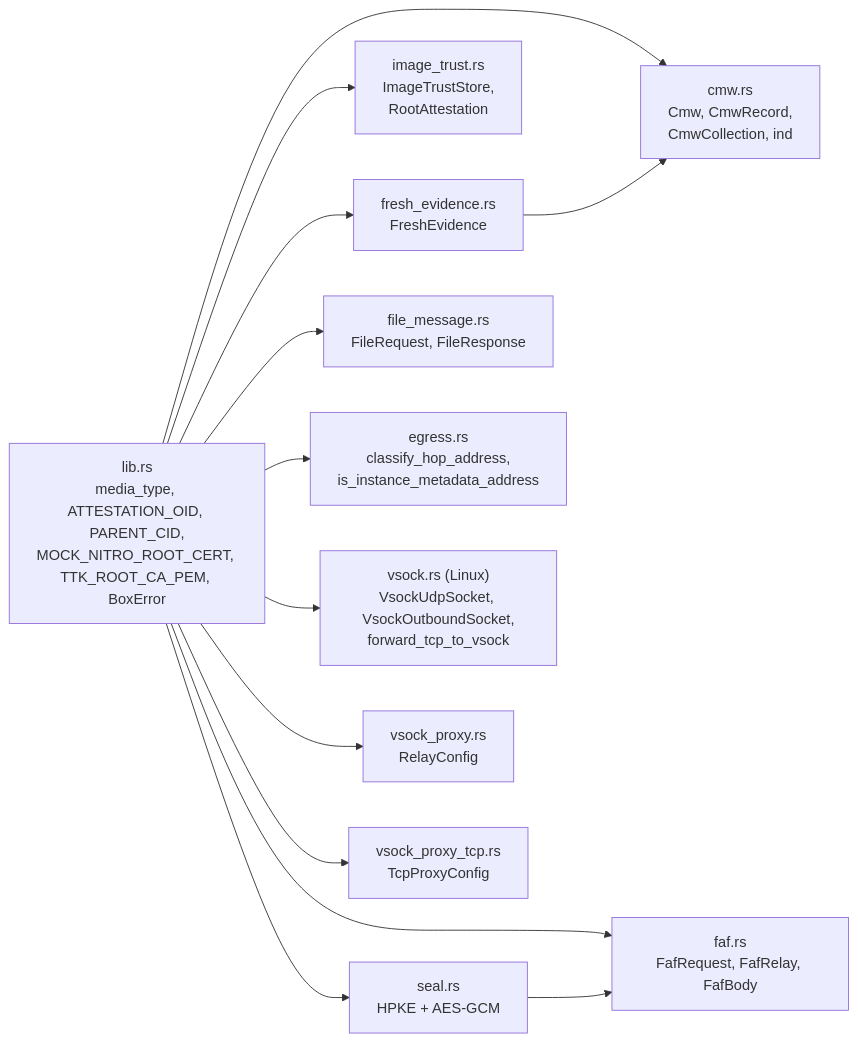
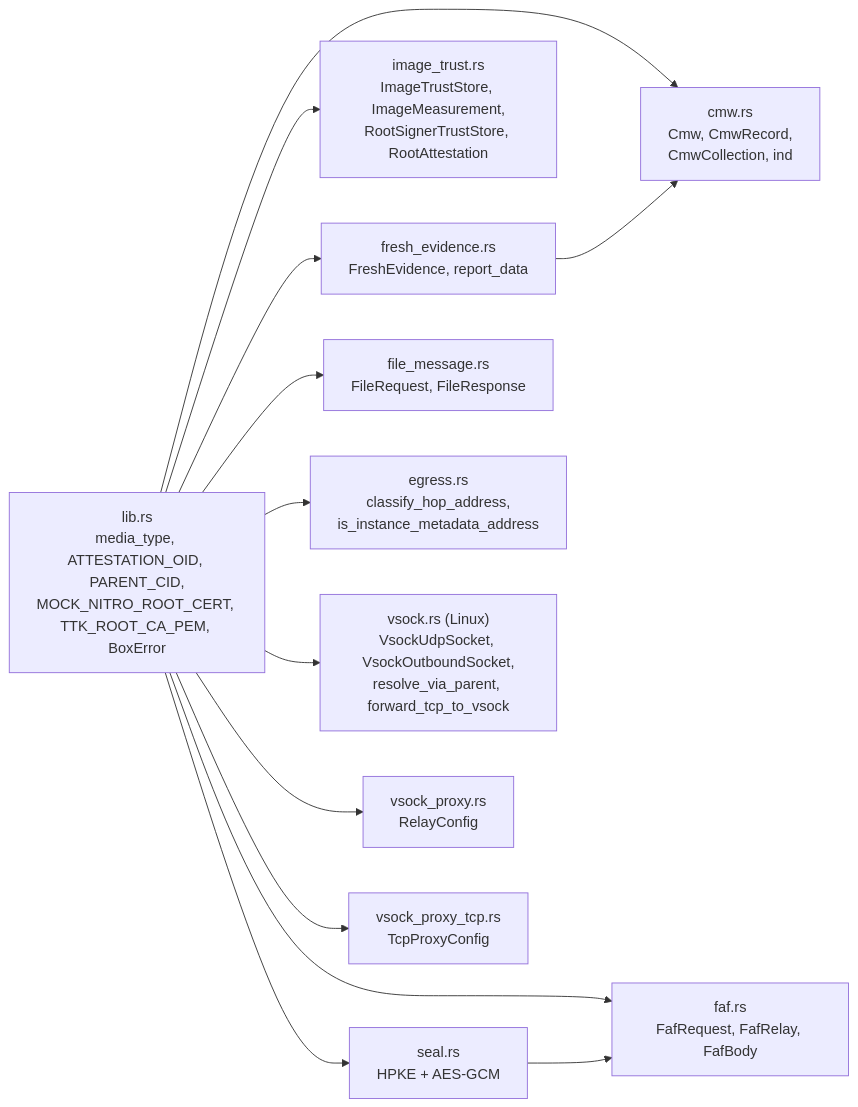
The diagram in docs/src/core.md (Lanetus/TTKServer), drawn with Mermaid before and after one commit. The commit also changed other lines of this file and 6 other files, not shown here.

First line of the commit message:
fix: update the mdBook architecture docs to v6.5.0 (#103)

````diff
--- a/docs/src/core.md
+++ b/docs/src/core.md
@@ -11,18 +11,18 @@
 ```mermaid
 flowchart LR
     lib["lib.rs<br/>media_type, ATTESTATION_OID, PARENT_CID,<br/>MOCK_NITRO_ROOT_CERT, TTK_ROOT_CA_PEM, BoxError"]
     cmw["cmw.rs<br/>Cmw, CmwRecord,<br/>CmwCollection, ind"]
-    fresh["fresh_evidence.rs<br/>FreshEvidence"]
-    img["image_trust.rs<br/>ImageTrustStore,<br/>RootAttestation"]
+    fresh["fresh_evidence.rs<br/>FreshEvidence, report_data"]
+    img["image_trust.rs<br/>ImageTrustStore, ImageMeasurement,<br/>RootSignerTrustStore, RootAttestation"]
     faf["faf.rs<br/>FafRequest, FafRelay, FafBody"]
     seal["seal.rs<br/>HPKE + AES-GCM"]
     fm["file_message.rs<br/>FileRequest, FileResponse"]
     egress["egress.rs<br/>classify_hop_address,<br/>is_instance_metadata_address"]
-    vsock["vsock.rs (Linux)<br/>VsockUdpSocket, VsockOutboundSocket,<br/>forward_tcp_to_vsock"]
+    vsock["vsock.rs (Linux)<br/>VsockUdpSocket, VsockOutboundSocket,<br/>resolve_via_parent, forward_tcp_to_vsock"]
     vpc["vsock_proxy.rs<br/>RelayConfig"]
     vpt["vsock_proxy_tcp.rs<br/>TcpProxyConfig"]
 
     lib --> cmw & fresh & img & faf & seal & fm & egress & vsock & vpc & vpt
     fresh --> cmw
     seal --> faf
 ```
````
